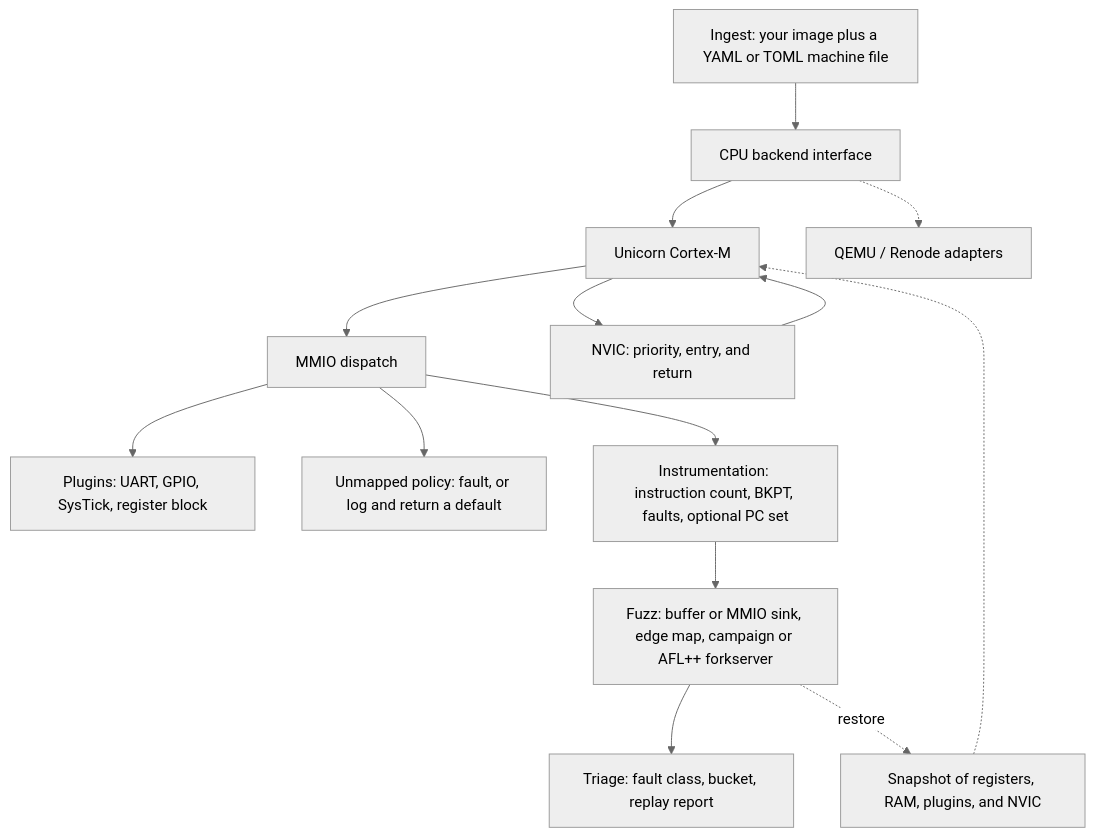
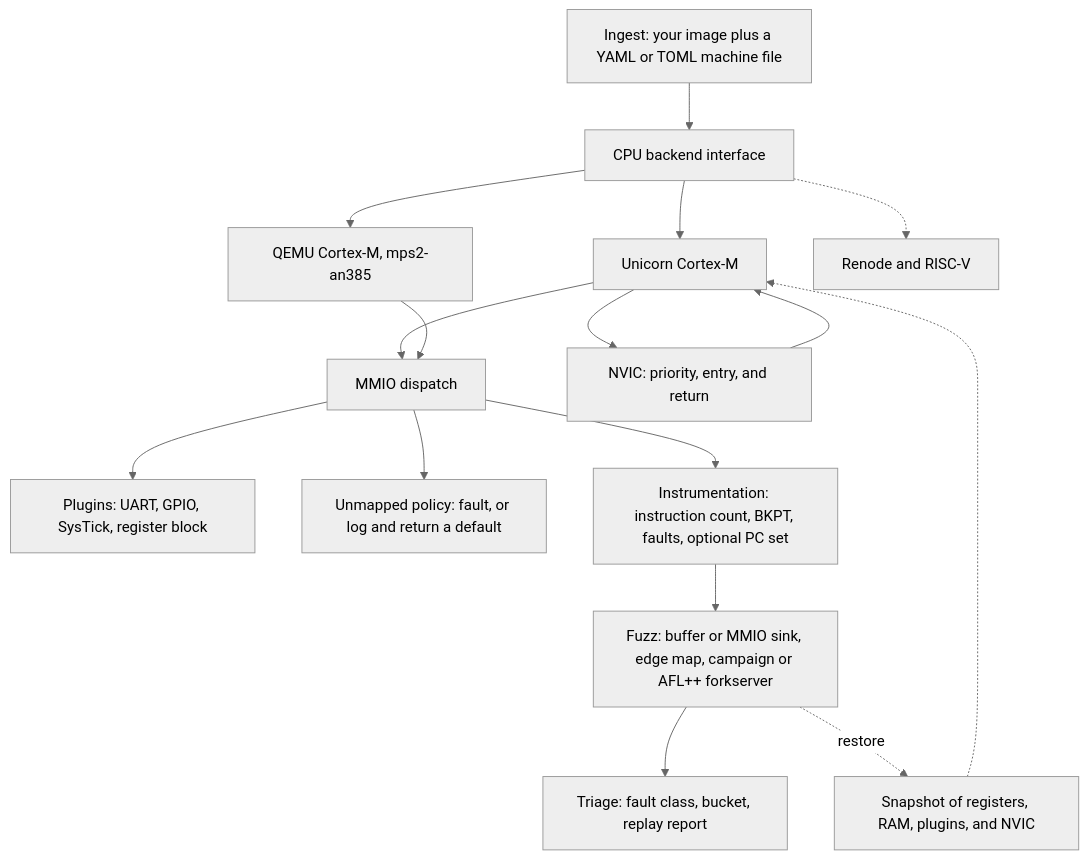
The diagram in README.md (c0re-i5/jig), drawn with Mermaid (neutral theme) before and after one commit. The commit also changed other lines of this file and 7 other files, not shown here.

First line of the commit message:
Add a QEMU Cortex-M backend on CpuBackend (#13)

````diff
--- a/README.md
+++ b/README.md
@@ -61,29 +61,32 @@
 ```mermaid
 flowchart TD
   ingest["Ingest: your image plus a YAML or TOML machine file"]
   cpu["CPU backend interface"]
   uni["Unicorn Cortex-M"]
-  later["QEMU / Renode adapters"]
+  qemu["QEMU Cortex-M, mps2-an385"]
+  later["Renode and RISC-V"]
   mmio["MMIO dispatch"]
   plugs["Plugins: UART, GPIO, SysTick, register block"]
   unmapped["Unmapped policy: fault, or log and return a default"]
   inst["Instrumentation: instruction count, BKPT, faults, optional PC set"]
   fuzz["Fuzz: buffer or MMIO sink, edge map, campaign or AFL++ forkserver"]
   nvic["NVIC: priority, entry, and return"]
   snap["Snapshot of registers, RAM, plugins, and NVIC"]
   triage["Triage: fault class, bucket, replay report"]
 
   ingest --> cpu
   cpu --> uni
+  cpu --> qemu
   cpu -.-> later
   uni --> nvic
   nvic --> uni
   uni --> mmio
+  qemu --> mmio
   mmio --> plugs
   mmio --> unmapped
   mmio --> inst
   inst --> fuzz
   fuzz --> triage
   fuzz -.->|restore| snap
   snap -.-> uni
 ```
````
